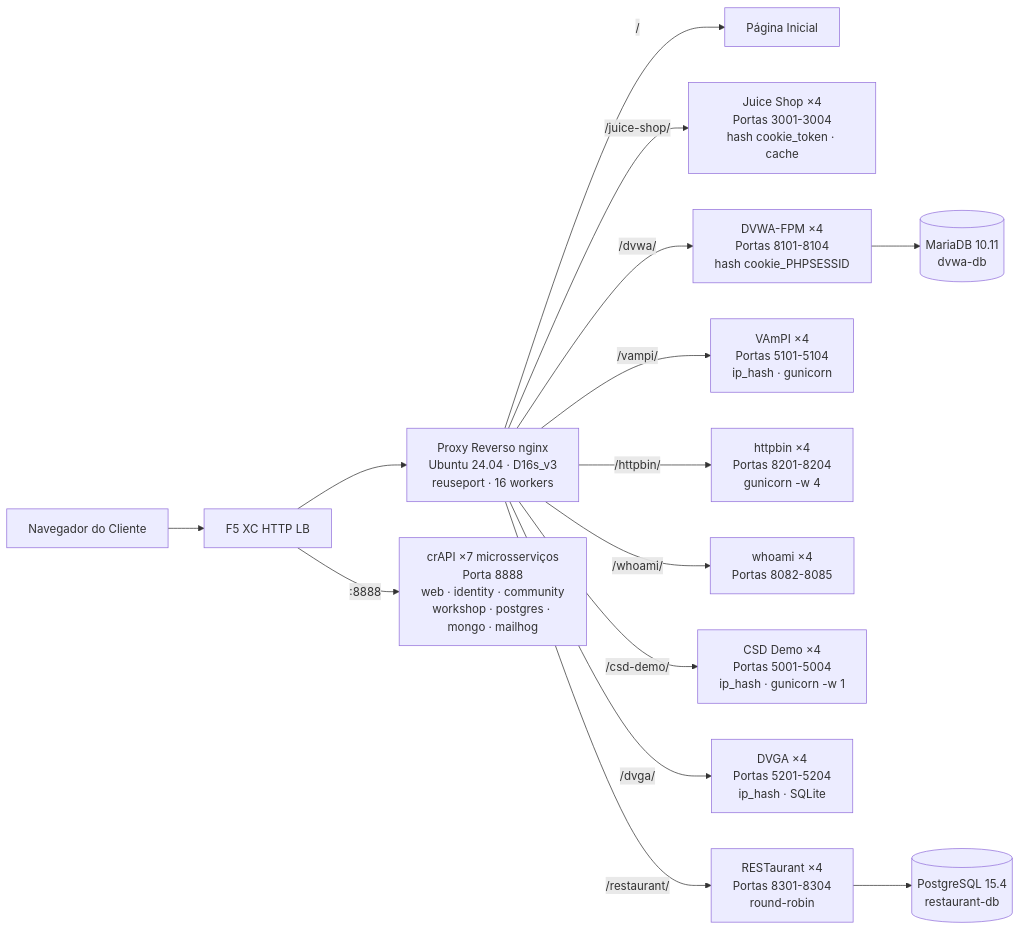
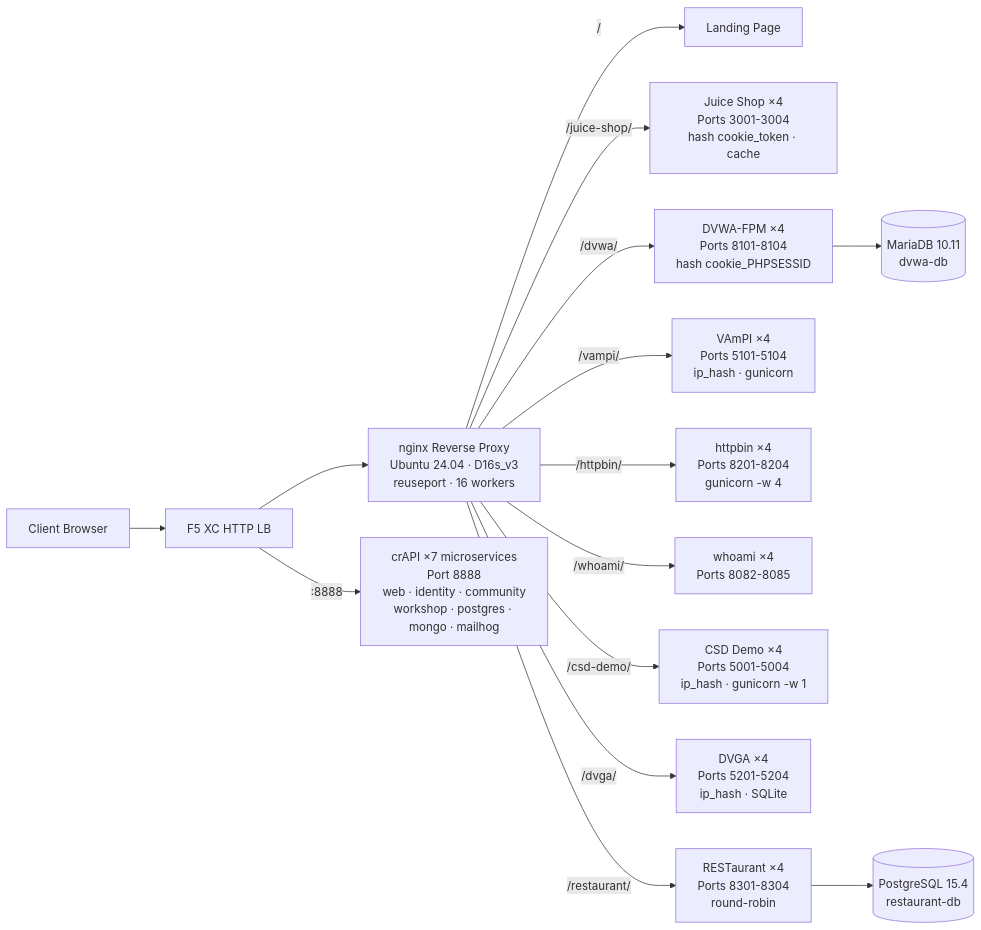
One commit to f5-sales-demo/origin-server changed the diagram in docs/pt-br/01-architecture.mdx. Above: the diagram before and after it, drawn with Mermaid. The commit also changed other lines of this file and 106 other files, not shown here.

````diff
--- a/docs/pt-br/01-architecture.mdx
+++ b/docs/pt-br/01-architecture.mdx
@@ -29,17 +29,17 @@
 ```mermaid
 graph LR
-    Client[Navegador do Cliente] --> XCHLB[F5 XC HTTP LB]
-    XCHLB --> NGINX[Proxy Reverso nginx<br/>Ubuntu 24.04 · D16s_v3<br/>reuseport · 16 workers]
-    NGINX --> |/| DEFAULT[Página Inicial]
-    NGINX --> |/juice-shop/| JS[Juice Shop ×4<br/>Portas 3001-3004<br/>hash cookie_token · cache]
-    NGINX --> |/dvwa/| DVWA[DVWA-FPM ×4<br/>Portas 8101-8104<br/>hash cookie_PHPSESSID]
-    NGINX --> |/vampi/| VAMPI[VAmPI ×4<br/>Portas 5101-5104<br/>ip_hash · gunicorn]
-    NGINX --> |/httpbin/| HTTPBIN[httpbin ×4<br/>Portas 8201-8204<br/>gunicorn -w 4]
-    NGINX --> |/whoami/| WHOAMI[whoami ×4<br/>Portas 8082-8085]
-    NGINX --> |/csd-demo/| CSD[CSD Demo ×4<br/>Portas 5001-5004<br/>ip_hash · gunicorn -w 1]
-    NGINX --> |/dvga/| DVGA[DVGA ×4<br/>Portas 5201-5204<br/>ip_hash · SQLite]
-    NGINX --> |/restaurant/| REST[RESTaurant ×4<br/>Portas 8301-8304<br/>round-robin]
-    XCHLB --> |:8888| CRAPI[crAPI ×7 microsserviços<br/>Porta 8888<br/>web · identity · community<br/>workshop · postgres · mongo · mailhog]
+    Client[Client Browser] --> XCHLB[F5 XC HTTP LB]
+    XCHLB --> NGINX[nginx Reverse Proxy<br/>Ubuntu 24.04 · D16s_v3<br/>reuseport · 16 workers]
+    NGINX --> |/| DEFAULT[Landing Page]
+    NGINX --> |/juice-shop/| JS[Juice Shop ×4<br/>Ports 3001-3004<br/>hash cookie_token · cache]
+    NGINX --> |/dvwa/| DVWA[DVWA-FPM ×4<br/>Ports 8101-8104<br/>hash cookie_PHPSESSID]
+    NGINX --> |/vampi/| VAMPI[VAmPI ×4<br/>Ports 5101-5104<br/>ip_hash · gunicorn]
+    NGINX --> |/httpbin/| HTTPBIN[httpbin ×4<br/>Ports 8201-8204<br/>gunicorn -w 4]
+    NGINX --> |/whoami/| WHOAMI[whoami ×4<br/>Ports 8082-8085]
+    NGINX --> |/csd-demo/| CSD[CSD Demo ×4<br/>Ports 5001-5004<br/>ip_hash · gunicorn -w 1]
+    NGINX --> |/dvga/| DVGA[DVGA ×4<br/>Ports 5201-5204<br/>ip_hash · SQLite]
+    NGINX --> |/restaurant/| REST[RESTaurant ×4<br/>Ports 8301-8304<br/>round-robin]
+    XCHLB --> |:8888| CRAPI[crAPI ×7 microservices<br/>Port 8888<br/>web · identity · community<br/>workshop · postgres · mongo · mailhog]
     DVWA --> DB[(MariaDB 10.11<br/>dvwa-db)]
     REST --> RESTDB[(PostgreSQL 15.4<br/>restaurant-db)]
 ```
````
